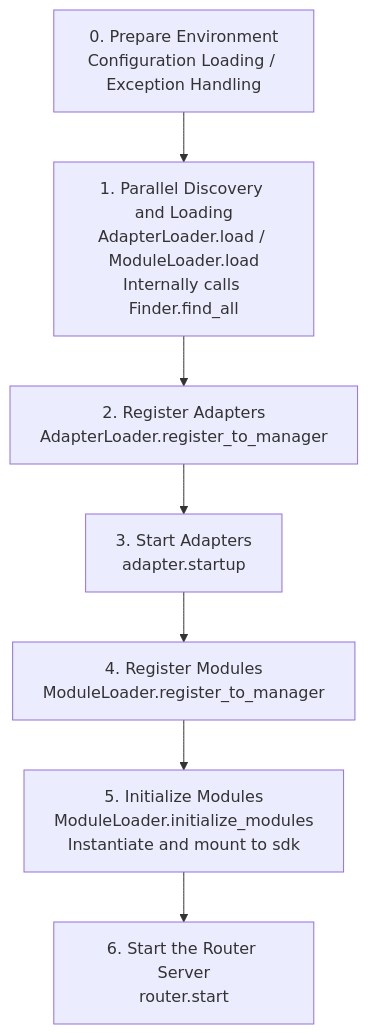
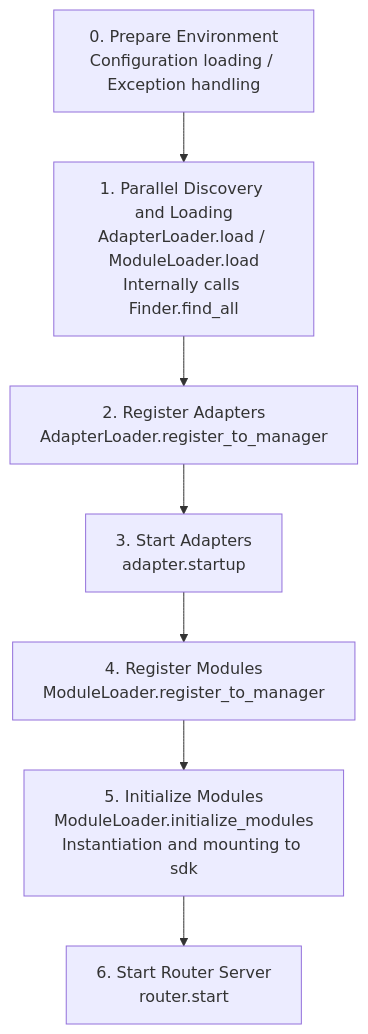
One commit to ErisPulse/ErisPulse changed the diagram in docs/en/advanced/startup.md. Above: the diagram before and after it, drawn with Mermaid. The commit also changed other lines of this file and 299 other files, not shown here.

````diff
--- a/docs/en/advanced/startup.md
+++ b/docs/en/advanced/startup.md
@@ -30,10 +27,10 @@
 ```mermaid
 flowchart TD
-    A[0. Prepare Environment<br/>Configuration Loading / Exception Handling] --> B
+    A[0. Prepare Environment<br/>Configuration loading / Exception handling] --> B
     B[1. Parallel Discovery and Loading<br/>AdapterLoader.load / ModuleLoader.load<br/>Internally calls Finder.find_all] --> C
     C[2. Register Adapters<br/>AdapterLoader.register_to_manager] --> D
     D[3. Start Adapters<br/>adapter.startup] --> E
     E[4. Register Modules<br/>ModuleLoader.register_to_manager] --> F
-    F[5. Initialize Modules<br/>ModuleLoader.initialize_modules<br/>Instantiate and mount to sdk] --> G
-    G[6. Start the Router Server<br/>router.start]
+    F[5. Initialize Modules<br/>ModuleLoader.initialize_modules<br/>Instantiation and mounting to sdk] --> G
+    G[6. Start Router Server<br/>router.start]
 ```
````
